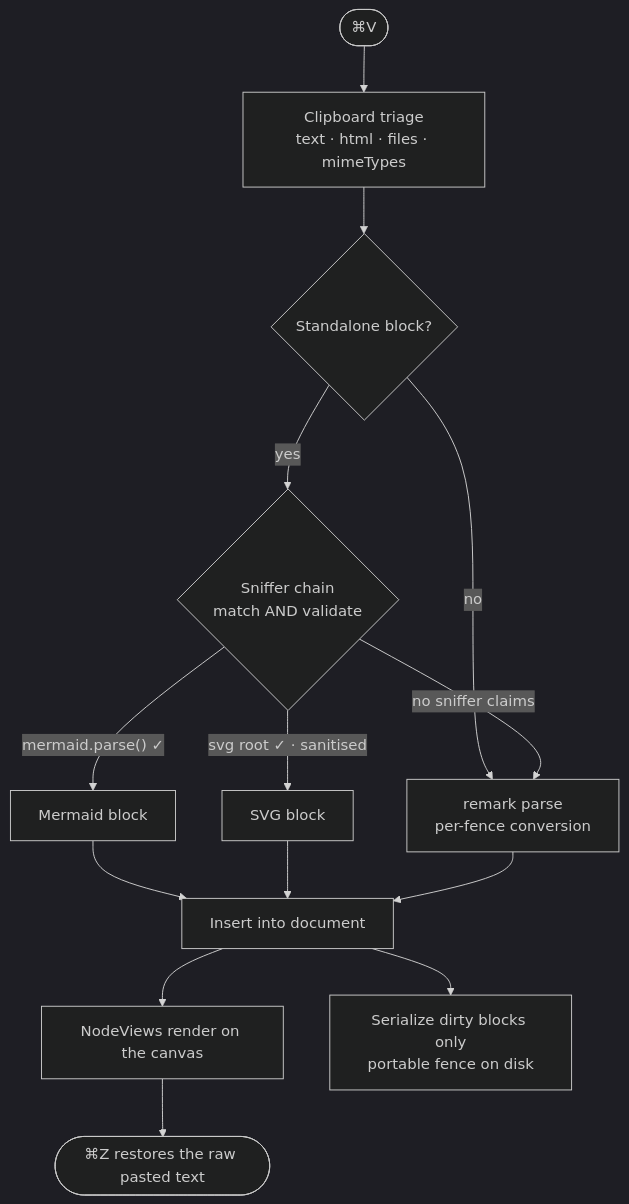
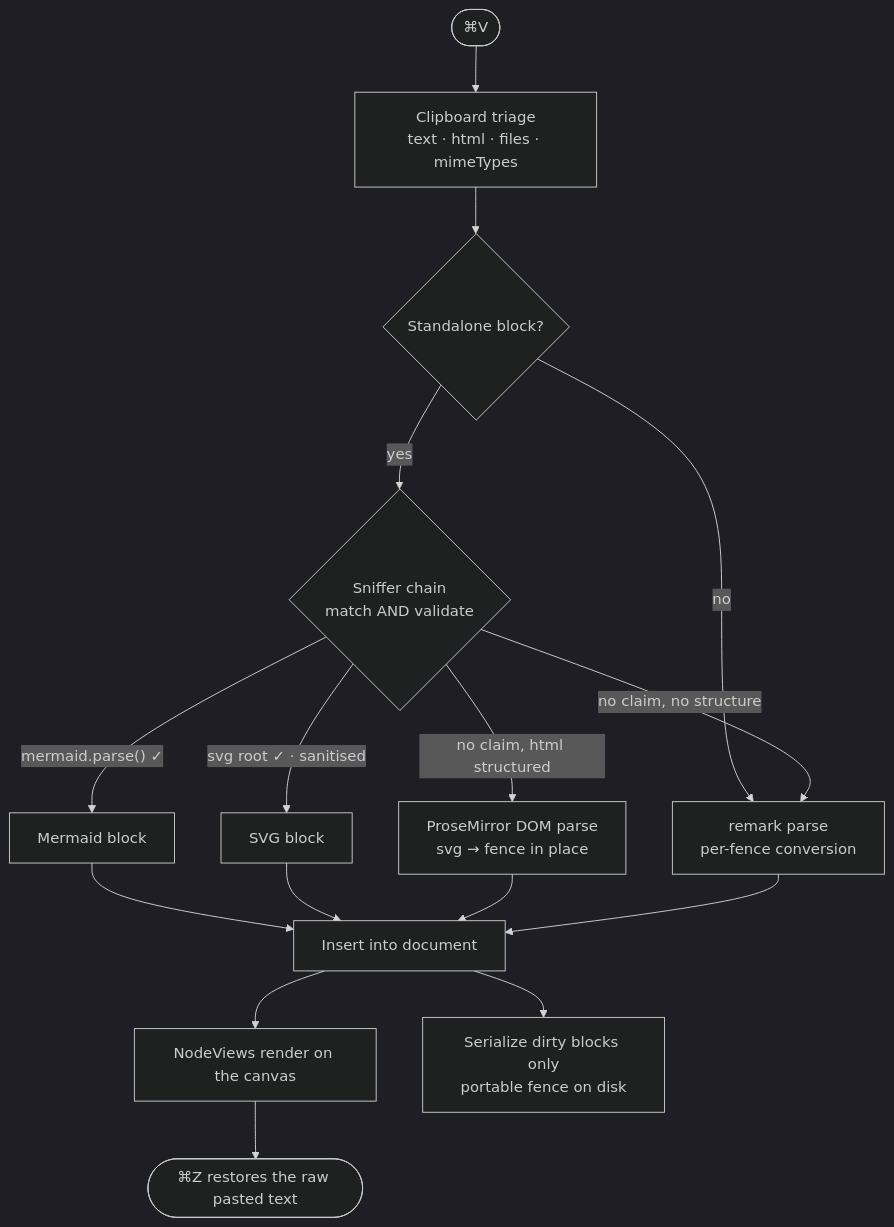
The diagram in docs/DESIGN.md (StevenRidder/simplemark-ci), drawn with Mermaid (dark theme) before and after one commit. The commit also changed other lines of this file and 12 other files, not shown here.

First line of the commit message:
Faithful paste for rich documents, and a deletable diagram block (#121)

````diff
--- a/docs/DESIGN.md
+++ b/docs/DESIGN.md
@@ -474,16 +475,18 @@
 ```mermaid
 flowchart TB
   V(["⌘V"]) --> TRIAGE["Clipboard triage<br/>text · html · files · mimeTypes"]
   TRIAGE --> STANDALONE{"Standalone block?"}
   STANDALONE -->|no| MD
   STANDALONE -->|yes| SNIFF{"Sniffer chain<br/>match AND validate"}
   SNIFF -->|"svg root ✓ · sanitised"| SVG["SVG block"]
   SNIFF -->|"mermaid.parse() ✓"| MER["Mermaid block"]
-  SNIFF -->|"no sniffer claims"| MD["remark parse<br/>per-fence conversion"]
+  SNIFF -->|"no claim, html structured"| HTML["ProseMirror DOM parse<br/>svg → fence in place"]
+  SNIFF -->|"no claim, no structure"| MD["remark parse<br/>per-fence conversion"]
   MER --> DOC["Insert into document"]
   SVG --> DOC
+  HTML --> DOC
   MD --> DOC
   DOC --> VIEW["NodeViews render on the canvas"]
   DOC --> DISK["Serialize dirty blocks only<br/>portable fence on disk"]
   VIEW --> UNDO(["⌘Z restores the raw pasted text"])
 ```
````
